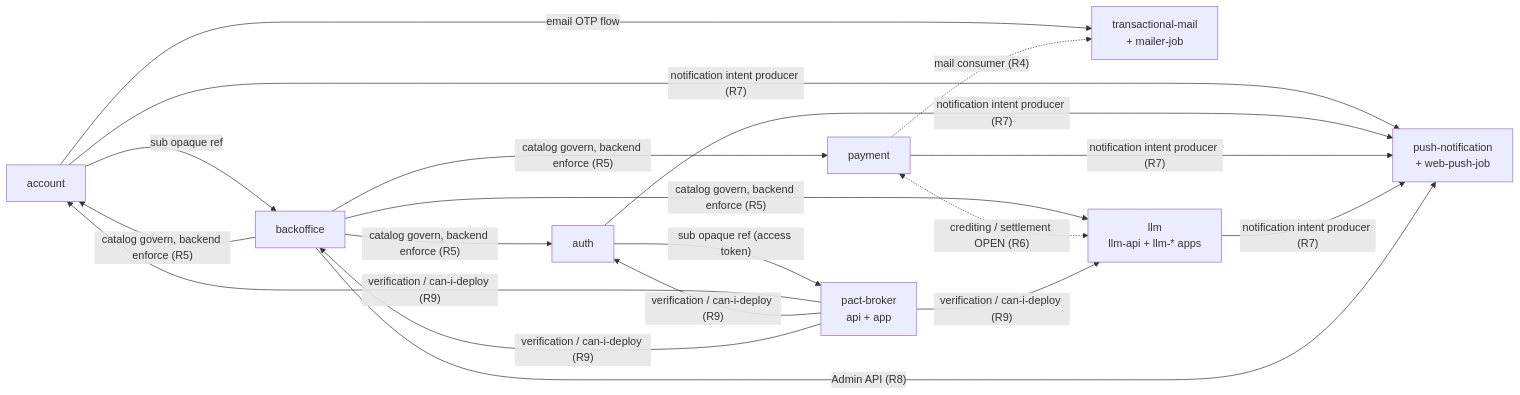
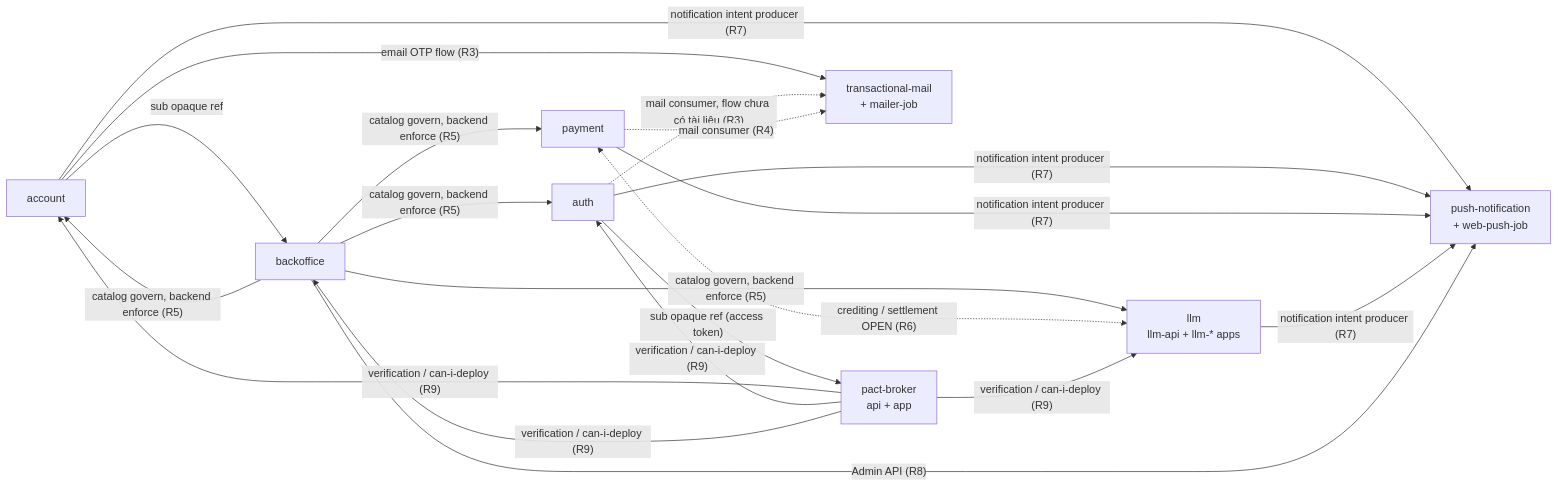
One commit to ecoma-io/ecoma-io changed the diagram in docs/overview/07-domains.md. Above: the diagram before and after it, drawn with Mermaid. The commit also changed other lines of this file and 8 other files, not shown here.

First line of the commit message:
docs: fix review findings on Account/Auth context split

````diff
--- a/docs/overview/07-domains.md
+++ b/docs/overview/07-domains.md
@@ -170,30 +170,31 @@
 ```mermaid
 flowchart LR
   account[account]
   auth[auth]
   backoffice[backoffice]
   pact[pact-broker<br/>api + app]
   mail[transactional-mail<br/>+ mailer-job]
   push[push-notification<br/>+ web-push-job]
   llm[llm<br/>llm-api + llm-* apps]
   payment[payment]
 
   account -- "sub opaque ref" --> backoffice
   auth -- "sub opaque ref (access token)" --> pact
-  account -- "email OTP flow" --> mail
+  account -- "email OTP flow (R3)" --> mail
+  auth -. "mail consumer, flow chưa có tài liệu (R3)" .-> mail
   payment -. "mail consumer (R4)" .-> mail
   backoffice -- "catalog govern, backend enforce (R5)" --> account
   backoffice -- "catalog govern, backend enforce (R5)" --> auth
   backoffice -- "catalog govern, backend enforce (R5)" --> llm
   backoffice -- "catalog govern, backend enforce (R5)" --> payment
   payment <-. "crediting / settlement OPEN (R6)" .-> llm
   account -- "notification intent producer (R7)" --> push
   auth -- "notification intent producer (R7)" --> push
   payment -- "notification intent producer (R7)" --> push
   llm -- "notification intent producer (R7)" --> push
   backoffice -- "Admin API (R8)" --> push
   pact -- "verification / can-i-deploy (R9)" --> account
   pact -- "verification / can-i-deploy (R9)" --> auth
   pact -- "verification / can-i-deploy (R9)" --> backoffice
   pact -- "verification / can-i-deploy (R9)" --> llm
 ```
````
